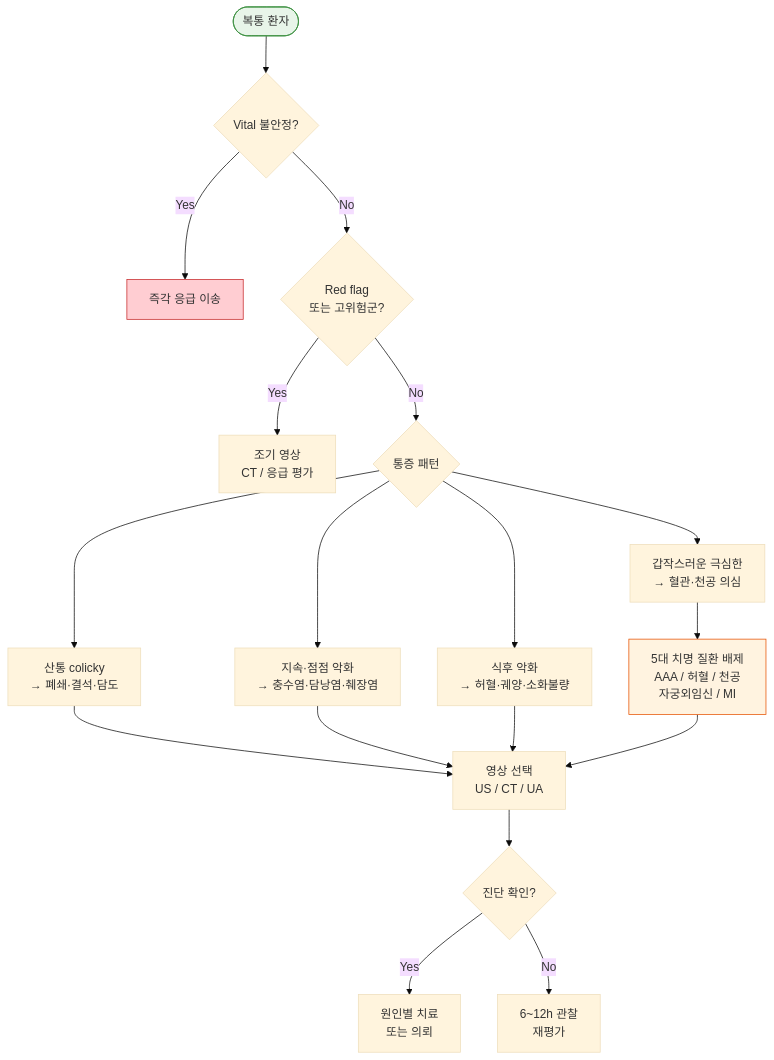
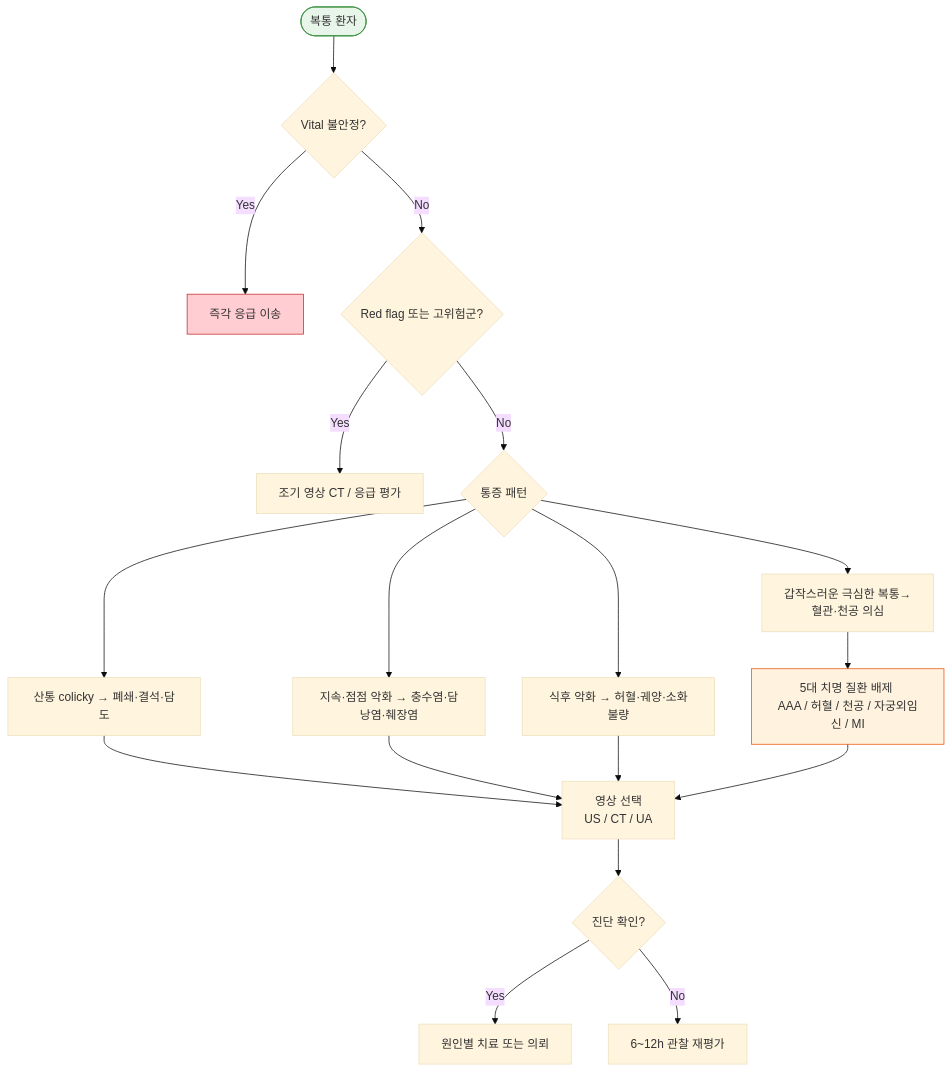
One commit to familyoh77/familyoh77 changed the fourth of 4 diagrams in 220_/003_-abdominal-pain.md. Above: the diagram before and after it, drawn with Mermaid (base theme). The commit also changed other lines of this file, not shown here.

Commit message:
GITBOOK-732: No subject

````diff
--- a/220_/003_-abdominal-pain.md
+++ b/220_/003_-abdominal-pain.md
@@ -322,23 +322,23 @@
 ```mermaid
 graph TD
     A([복통 환자]) --> B{Vital 불안정?}
     B -- Yes --> C[즉각 응급 이송]
-    B -- No --> D{"Red flag\n또는 고위험군?"}
-    D -- Yes --> E["조기 영상\nCT / 응급 평가"]
+    B -- No --> D{"Red flag 또는 고위험군?"}
+    D -- Yes --> E["조기 영상 CT / 응급 평가"]
     D -- No --> F{통증 패턴}
-    F --> G["갑작스러운 극심한\n→ 혈관·천공 의심"]
-    F --> H["산통 colicky\n→ 폐쇄·결석·담도"]
-    F --> I["지속·점점 악화\n→ 충수염·담낭염·췌장염"]
-    F --> J["식후 악화\n→ 허혈·궤양·소화불량"]
-    G --> K["5대 치명 질환 배제\nAAA / 허혈 / 천공\n자궁외임신 / MI"]
-    H --> L["영상 선택\nUS / CT / UA"]
+    F --> G["갑작스러운 극심한 복통→<br/> 혈관·천공 의심"]
+    F --> H["산통 colicky → 폐쇄·결석·담도"]
+    F --> I["지속·점점 악화 → 충수염·담낭염·췌장염"]
+    F --> J["식후 악화 → 허혈·궤양·소화불량"]
+    G --> K["5대 치명 질환 배제 <br/>AAA / 허혈 / 천공 / 자궁외임신 / MI"]
+    H --> L["영상 선택 <br/>US / CT / UA"]
     I --> L
     J --> L
     K --> L
     L --> M{진단 확인?}
-    M -- Yes --> N["원인별 치료\n또는 의뢰"]
-    M -- No --> O["6~12h 관찰\n재평가"]
+    M -- Yes --> N["원인별 치료 또는 의뢰"]
+    M -- No --> O["6~12h 관찰 재평가"]
     style A fill:#e8f5e9,stroke:#388e3c
     style C fill:#ffcdd2,stroke:#c62828
     style K fill:#fff3e0,stroke:#e65100
 ```
````
